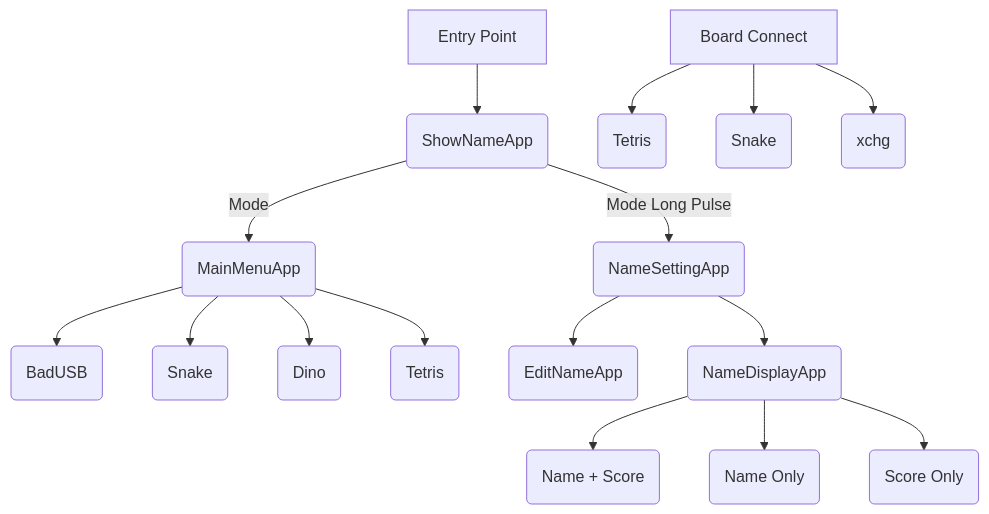
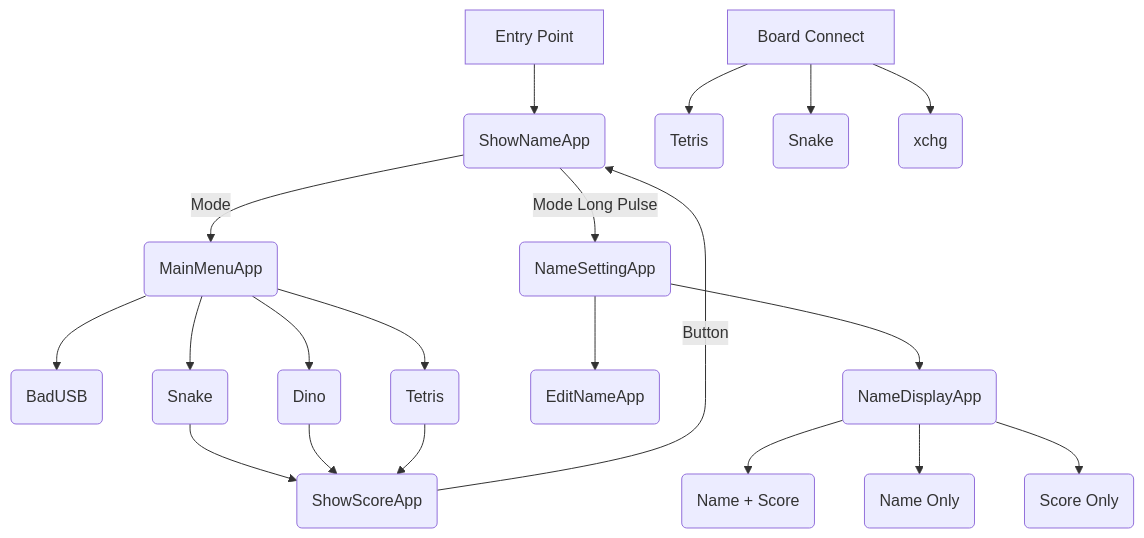
The diagram in Menu.md (john0312/hitcon-pcb-badge), drawn with Mermaid before and after one commit.

Commit message:
update menu

````diff
--- a/Menu.md
+++ b/Menu.md
@@ -1,18 +1,22 @@
 ```mermaid
 flowchart TD
     A[Entry Point] --> B(ShowNameApp)
     B --> |Mode| C(MainMenuApp)
     C --> D(BadUSB)
     C --> E(Snake)
     C --> F(Dino)
     C --> G(Tetris)
     B --> |Mode Long Pulse| H(NameSettingApp)
     H --> I(EditNameApp)
     H --> J(NameDisplayApp)
     J --> K(Name + Score)
     J --> L(Name Only)
     J --> M(Score Only)
     N[Board Connect] --> O(Tetris)
     N --> P(Snake)
     N --> Q(xchg)
+    E --> R(ShowScoreApp)
+    F --> R
+    G --> R
+    R --> |Button| B
 ```
````
